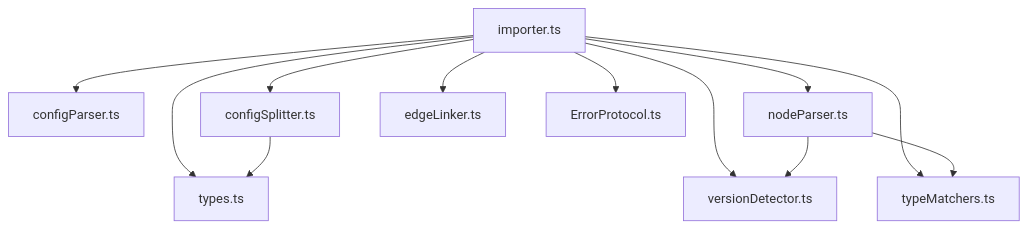
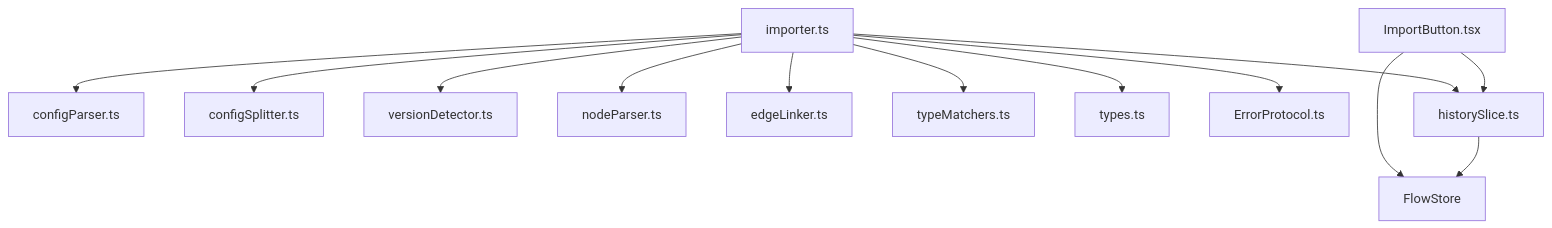
One commit to kqcoxn/MaaPipelineEditor changed the tenth of 10 diagrams in .qoder/repowiki/zh/content/解析器系统/导入器模块.md. Above: the diagram before and after it, drawn with Mermaid. The commit also changed other lines of this file and 37 other files, not shown here.

````diff
--- a/.qoder/repowiki/zh/content/解析器系统/导入器模块.md
+++ b/.qoder/repowiki/zh/content/解析器系统/导入器模块.md
@@ -313,14 +437,15 @@
 ```mermaid
 graph TB
 importer["importer.ts"] --> configParser["configParser.ts"]
 importer --> configSplitter["configSplitter.ts"]
 importer --> versionDetector["versionDetector.ts"]
 importer --> nodeParser["nodeParser.ts"]
 importer --> edgeLinker["edgeLinker.ts"]
 importer --> typeMatchers["typeMatchers.ts"]
 importer --> types["types.ts"]
 importer --> errorProto["ErrorProtocol.ts"]
-nodeParser --> typeMatchers
-nodeParser --> versionDetector
-configSplitter --> types
+importer --> historySlice["historySlice.ts"]
+ImportButton["ImportButton.tsx"] --> flowStore["FlowStore"]
+ImportButton --> historySlice
+historySlice --> flowStore
 ```
````
